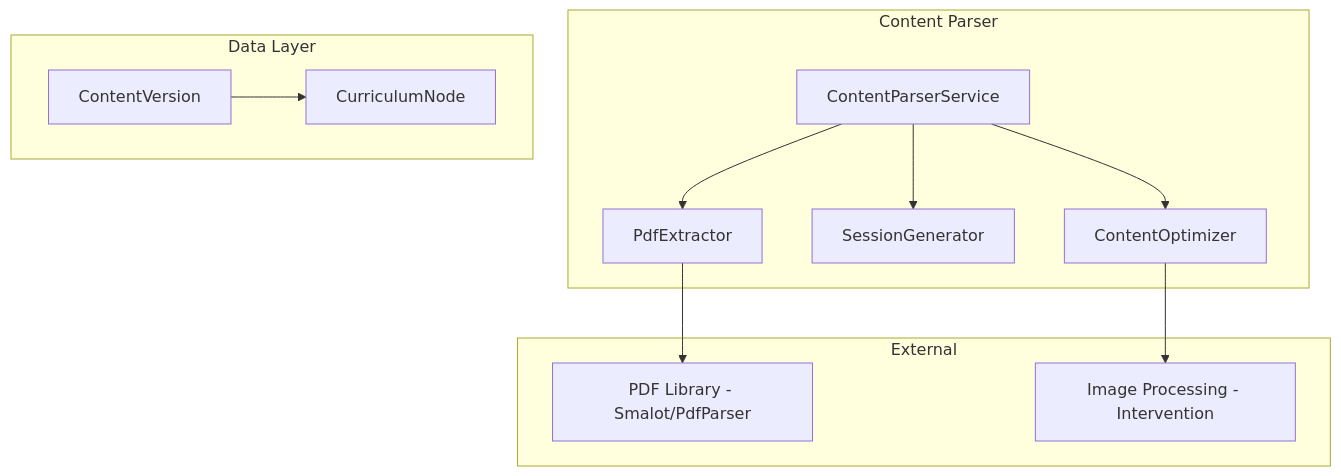
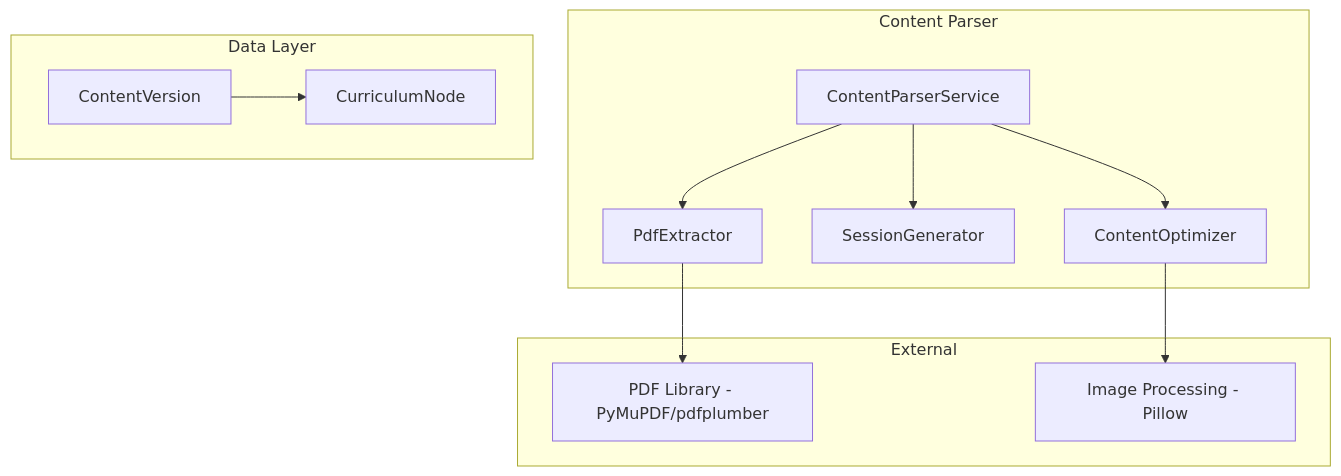
One commit to Wetende/crossview changed the diagram in .kiro/specs/content-parser/design.md. Above: the diagram before and after it, drawn with Mermaid. The commit also changed other lines of this file and 288 other files, not shown here.

First line of the commit message:
feat(crossview): Initialize Django LMS project structure with multi-app architecture

````diff
--- a/.kiro/specs/content-parser/design.md
+++ b/.kiro/specs/content-parser/design.md
@@ -9,25 +11,25 @@
 ```mermaid
 graph TB
     subgraph "Content Parser"
         CP[ContentParserService]
         PE[PdfExtractor]
         SG[SessionGenerator]
         CO[ContentOptimizer]
         CP --> PE
         CP --> SG
         CP --> CO
     end
     
     subgraph "Data Layer"
         CV[ContentVersion]
         CN[CurriculumNode]
         CV --> CN
     end
     
     subgraph "External"
-        PDF[PDF Library - Smalot/PdfParser]
-        IMG[Image Processing - Intervention]
+        PDF[PDF Library - PyMuPDF/pdfplumber]
+        IMG[Image Processing - Pillow]
         PE --> PDF
         CO --> IMG
     end
 ```
````
